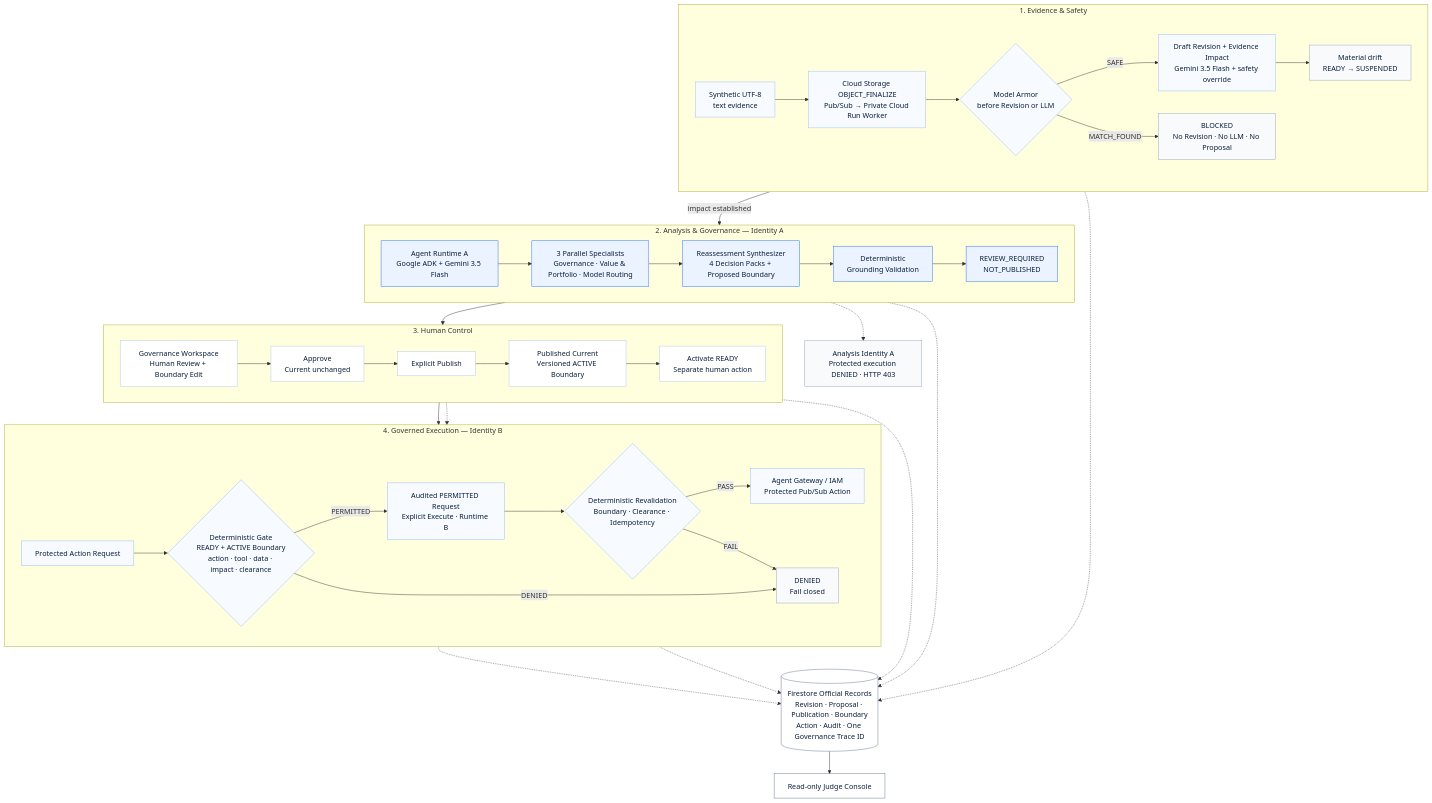
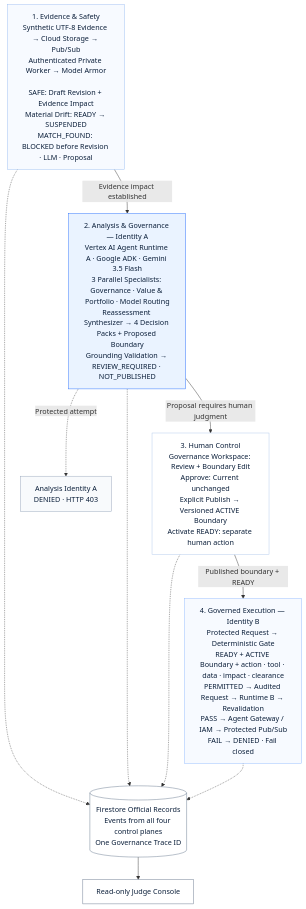
One commit to solidfdn/readinessops-agent-fleet-governance changed the diagram in docs/architecture/readinessops-architecture.mmd. Above: the diagram before and after it, drawn with Mermaid. The commit also changed 1 other file, not shown here.

Commit message:
Refine Mermaid architecture for README

```diff
--- a/docs/architecture/readinessops-architecture.mmd
+++ b/docs/architecture/readinessops-architecture.mmd
@@ -1,79 +1,36 @@
 flowchart TB
-  subgraph E["1. Evidence & Safety"]
-    direction LR
-    EV["Synthetic UTF-8<br/>text evidence"]
-    INGEST["Cloud Storage OBJECT_FINALIZE<br/>Pub/Sub → Private Cloud Run Worker"]
-    MA{"Model Armor<br/>before Revision or LLM"}
-    IMP["Draft Revision + Evidence Impact<br/>Gemini 3.5 Flash + safety override"]
-    BLOCK["BLOCKED<br/>No Revision · No LLM · No Proposal"]
-    SUSP["Material drift<br/>READY → SUSPENDED"]
-    EV --> INGEST --> MA
-    MA -->|SAFE| IMP
-    MA -->|MATCH_FOUND| BLOCK
-    IMP --> SUSP
-  end
+  E["1. Evidence & Safety<br/>Synthetic UTF-8 Evidence → Cloud Storage → Pub/Sub<br/>Authenticated Private Worker → Model Armor<br/><br/>SAFE: Draft Revision + Evidence Impact<br/>Material Drift: READY → SUSPENDED<br/>MATCH_FOUND: BLOCKED before Revision · LLM · Proposal"]
 
-  subgraph A["2. Analysis & Governance — Identity A"]
-    direction LR
-    RTA["Agent Runtime A<br/>Google ADK + Gemini 3.5 Flash"]
-    SP["3 Parallel Specialists<br/>Governance · Value & Portfolio · Model Routing"]
-    SYN["Reassessment Synthesizer<br/>4 Decision Packs + Proposed Boundary"]
-    GV["Deterministic<br/>Grounding Validation"]
-    PROP["REVIEW_REQUIRED<br/>NOT_PUBLISHED"]
-    RTA --> SP --> SYN --> GV --> PROP
-  end
+  A["2. Analysis & Governance — Identity A<br/>Vertex AI Agent Runtime A · Google ADK · Gemini 3.5 Flash<br/>3 Parallel Specialists: Governance · Value & Portfolio · Model Routing<br/>Reassessment Synthesizer → 4 Decision Packs + Proposed Boundary<br/>Grounding Validation → REVIEW_REQUIRED · NOT_PUBLISHED"]
 
-  subgraph H["3. Human Control"]
-    direction LR
-    WS["Governance Workspace<br/>Human Review + Boundary Edit"]
-    APP["Approve<br/>Current unchanged"]
-    PUB["Explicit Publish"]
-    BND["Published Current<br/>Versioned ACTIVE Boundary"]
-    READY["Activate READY<br/>Separate human action"]
-    WS --> APP --> PUB --> BND --> READY
-  end
+  H["3. Human Control<br/>Governance Workspace: Review + Boundary Edit<br/>Approve: Current unchanged<br/>Explicit Publish → Versioned ACTIVE Boundary<br/>Activate READY: separate human action"]
 
-  subgraph X["4. Governed Execution — Identity B"]
-    direction LR
-    REQ["Protected Action Request"]
-    GATE{"Deterministic Gate<br/>READY + ACTIVE Boundary<br/>action · tool · data · impact · clearance"}
-    EXEC["Audited PERMITTED Request<br/>Explicit Execute · Runtime B"]
-    REVAL{"Deterministic Revalidation<br/>Boundary · Clearance · Idempotency"}
-    ACTION["Agent Gateway / IAM<br/>Protected Pub/Sub Action"]
-    DENY["DENIED<br/>Fail closed"]
-    REQ --> GATE
-    GATE -->|PERMITTED| EXEC --> REVAL
-    REVAL -->|PASS| ACTION
-    GATE -->|DENIED| DENY
-    REVAL -->|FAIL| DENY
-  end
+  X["4. Governed Execution — Identity B<br/>Protected Request → Deterministic Gate<br/>READY + ACTIVE Boundary + action · tool · data · impact · clearance<br/>PERMITTED → Audited Request → Runtime B → Revalidation<br/>PASS → Agent Gateway / IAM → Protected Pub/Sub<br/>FAIL → DENIED · Fail closed"]
 
-  IMP -->|impact established| RTA
-  PROP --> WS
-  READY --> REQ
-  BND -.-> GATE
-  RTA -.-> IAD["Analysis Identity A<br/>Protected execution DENIED · HTTP 403"]
+  E -->|Evidence impact established| A
+  A -->|Proposal requires human judgment| H
+  H -->|Published boundary + READY| X
+  A -.->|Protected attempt| IAD["Analysis Identity A<br/>DENIED · HTTP 403"]
 
-  FS[("Firestore Official Records<br/>Revision · Proposal · Publication · Boundary<br/>Action · Audit · One Governance Trace ID")]
+  FS[("Firestore Official Records<br/>Events from all four control planes<br/>One Governance Trace ID")]
   JUDGE["Read-only Judge Console"]
 
-  IMP -.-> FS
-  PROP -.-> FS
-  PUB -.-> FS
-  GATE -.-> FS
-  ACTION -.-> FS
+  E -.-> FS
+  A -.-> FS
+  H -.-> FS
+  X -.-> FS
   FS --> JUDGE
 
   classDef security fill:#F7FAFF,stroke:#9ABCF2,color:#0B1F3A;
   classDef blocked fill:#F8FAFC,stroke:#94A3B8,color:#0B1F3A;
   classDef governance fill:#EAF3FF,stroke:#246BFD,color:#0B1F3A;
   classDef human fill:#FFFFFF,stroke:#AFC7EA,color:#0B1F3A;
   classDef execution fill:#F7FAFF,stroke:#8FB8FF,color:#0B1F3A;
   classDef record fill:#FFFFFF,stroke:#64748B,color:#0B1F3A;
 
-  class EV,INGEST,MA,IMP security;
-  class BLOCK,SUSP,DENY,IAD blocked;
-  class RTA,SP,SYN,GV,PROP governance;
-  class WS,APP,PUB,BND,READY human;
-  class REQ,GATE,EXEC,REVAL,ACTION execution;
+  class E security;
+  class IAD blocked;
+  class A governance;
+  class H human;
+  class X execution;
   class FS,JUDGE record;
```
